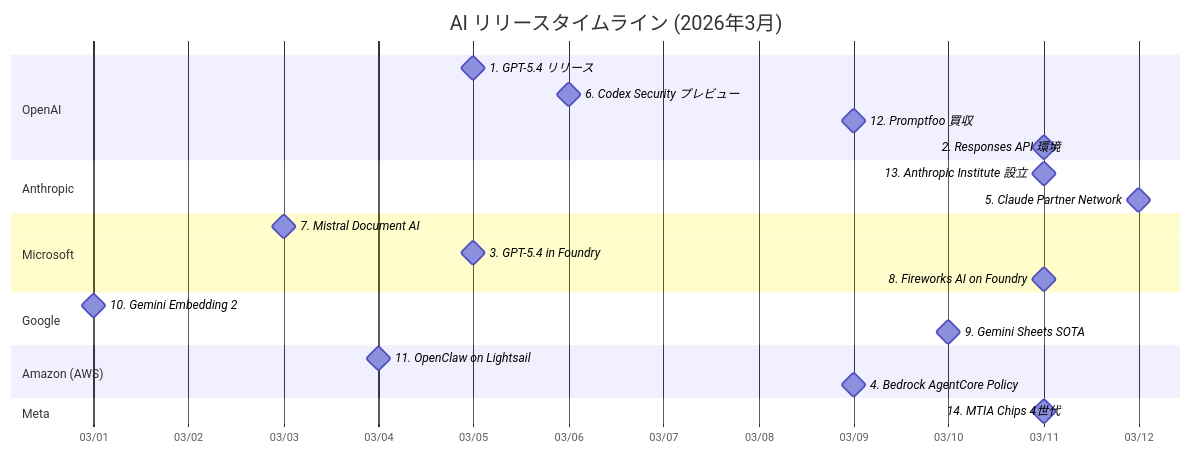
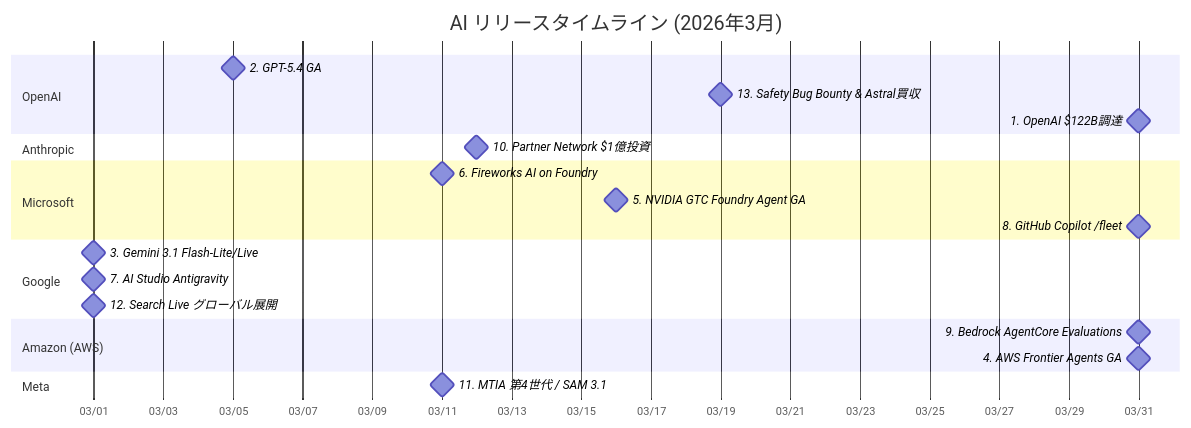
One commit to BryanZhouJP/monthly-ai-update changed the diagram in examples/ai-update-2026-03.md. Above: the diagram before and after it, drawn with Mermaid. The commit also changed other lines of this file, not shown here.

````diff
--- a/examples/ai-update-2026-03.md
+++ b/examples/ai-update-2026-03.md
@@ -22,32 +22,31 @@
 ```mermaid
 gantt
     title AI リリースタイムライン (2026年3月)
     dateFormat YYYY-MM-DD
     axisFormat %m/%d
 
     section OpenAI
-    1. GPT-5.4 リリース          :milestone, m1, 2026-03-05, 0d
-    6. Codex Security プレビュー :milestone, m6, 2026-03-06, 0d
-    12. Promptfoo 買収           :milestone, m12, 2026-03-09, 0d
-    2. Responses API 環境        :milestone, m2, 2026-03-11, 0d
+    2. GPT-5.4 GA                     :milestone, m2, 2026-03-05, 0d
+    13. Safety Bug Bounty & Astral買収 :milestone, m13, 2026-03-19, 0d
+    1. OpenAI $122B調達               :milestone, m1, 2026-03-31, 0d
 
     section Anthropic
-    13. Anthropic Institute 設立 :milestone, m13, 2026-03-11, 0d
-    5. Claude Partner Network    :milestone, m5, 2026-03-12, 0d
+    10. Partner Network $1億投資       :milestone, m10, 2026-03-12, 0d
 
     section Microsoft
-    7. Mistral Document AI       :milestone, m7, 2026-03-03, 0d
-    3. GPT-5.4 in Foundry        :milestone, m3, 2026-03-05, 0d
-    8. Fireworks AI on Foundry   :milestone, m8, 2026-03-11, 0d
+    6. Fireworks AI on Foundry         :milestone, m6, 2026-03-11, 0d
+    5. NVIDIA GTC Foundry Agent GA    :milestone, m5, 2026-03-16, 0d
+    8. GitHub Copilot /fleet           :milestone, m8, 2026-03-31, 0d
 
     section Google
-    10. Gemini Embedding 2       :milestone, m10, 2026-03-01, 0d
-    9. Gemini Sheets SOTA        :milestone, m9, 2026-03-10, 0d
+    3. Gemini 3.1 Flash-Lite/Live      :milestone, m3, 2026-03-01, 0d
+    7. AI Studio Antigravity           :milestone, m7, 2026-03-01, 0d
+    12. Search Live グローバル展開      :milestone, m12, 2026-03-01, 0d
 
     section Amazon (AWS)
-    11. OpenClaw on Lightsail    :milestone, m11, 2026-03-04, 0d
-    4. Bedrock AgentCore Policy  :milestone, m4, 2026-03-09, 0d
+    9. Bedrock AgentCore Evaluations   :milestone, m9, 2026-03-31, 0d
+    4. AWS Frontier Agents GA          :milestone, m4, 2026-03-31, 0d
 
     section Meta
-    14. MTIA Chips 4世代         :milestone, m14, 2026-03-11, 0d
+    11. MTIA 第4世代 / SAM 3.1        :milestone, m11, 2026-03-11, 0d
 ```
````
